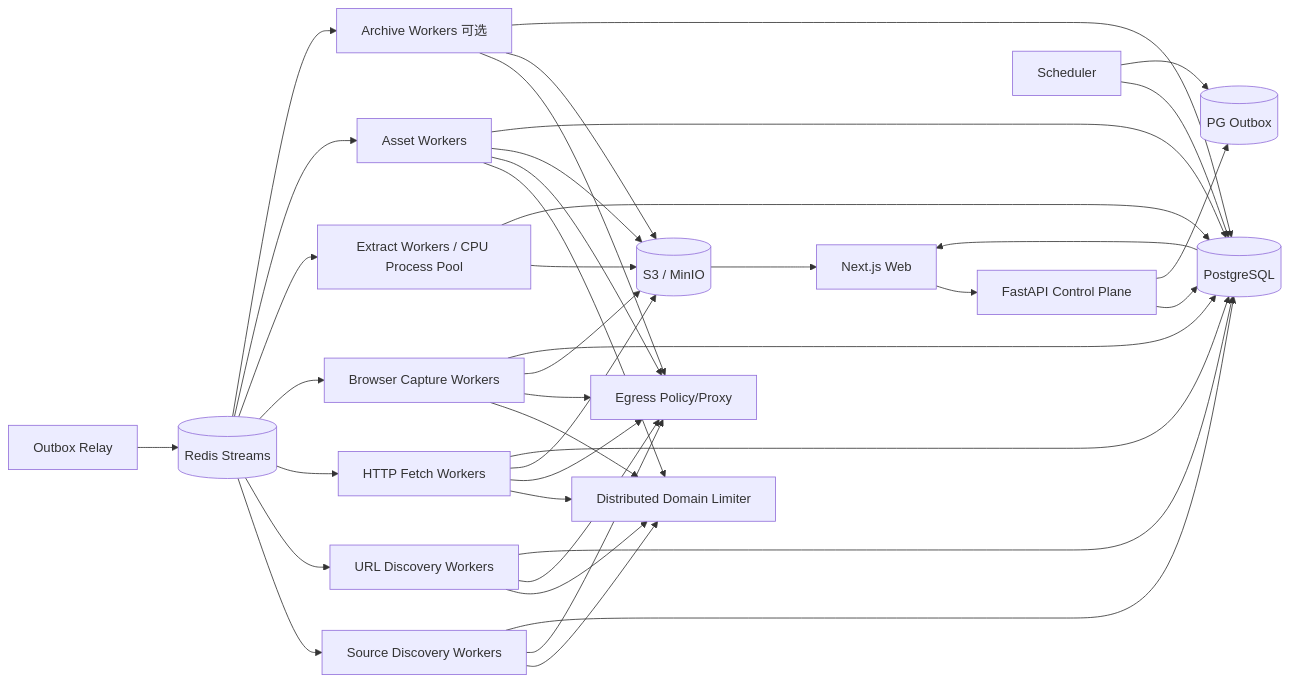
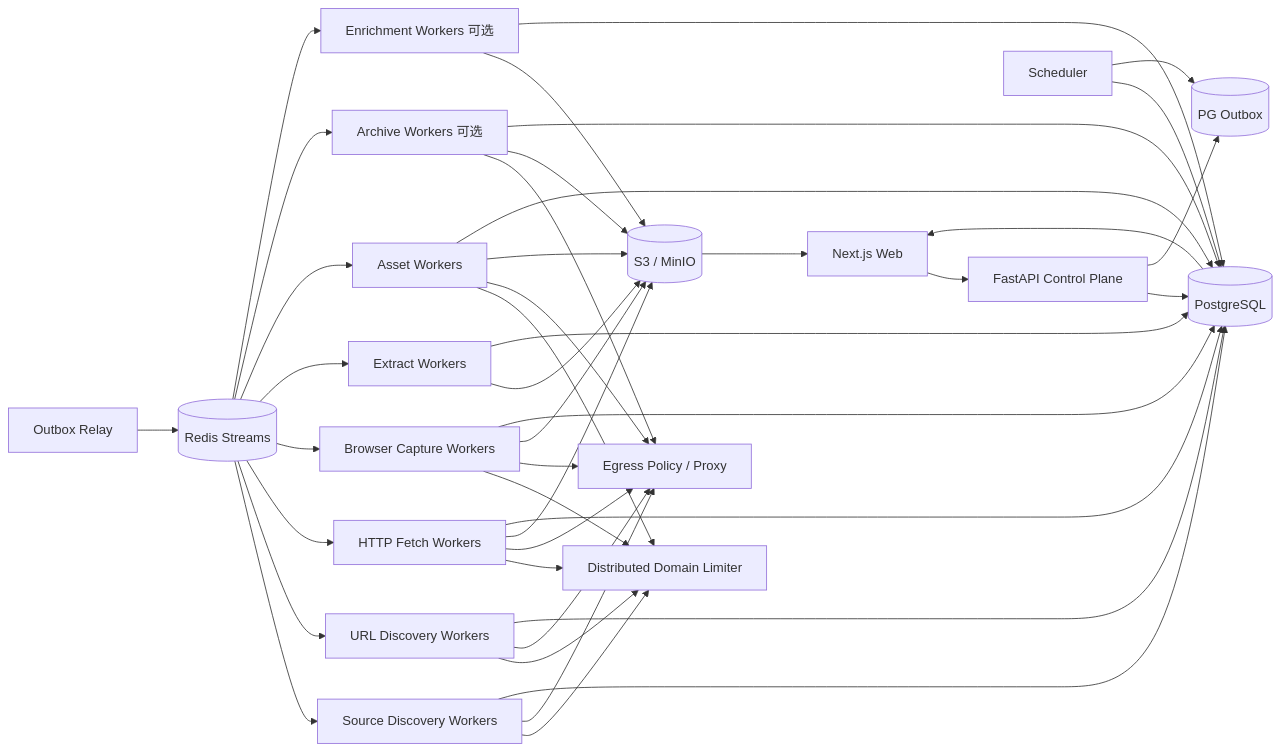
One commit to WorkerXu/my-doc changed the diagram in 博客知识库技术方案.md. Above: the diagram before and after it, drawn with Mermaid. The commit also changed other lines of this file and 2 other files, not shown here.

````diff
--- a/博客知识库技术方案.md
+++ b/博客知识库技术方案.md
@@ -60,47 +58,50 @@
 ```mermaid
 flowchart LR
     UI[Next.js Web] --> API[FastAPI Control Plane]
     API --> PG[(PostgreSQL)]
     API --> OUT[(PG Outbox)]
     SCHED[Scheduler] --> PG
     SCHED --> OUT
     RELAY[Outbox Relay] --> REDIS[(Redis Streams)]
 
     REDIS --> SD[Source Discovery Workers]
     REDIS --> UD[URL Discovery Workers]
     REDIS --> HF[HTTP Fetch Workers]
     REDIS --> BF[Browser Capture Workers]
-    REDIS --> EX[Extract Workers / CPU Process Pool]
+    REDIS --> EX[Extract Workers]
     REDIS --> AS[Asset Workers]
     REDIS --> AR[Archive Workers 可选]
+    REDIS --> EN[Enrichment Workers 可选]
 
     SD --> LIM[Distributed Domain Limiter]
     UD --> LIM
     HF --> LIM
     BF --> LIM
     AS --> LIM
 
-    SD --> EG[Egress Policy/Proxy]
+    SD --> EG[Egress Policy / Proxy]
     UD --> EG
     HF --> EG
     BF --> EG
     AS --> EG
     AR --> EG
 
     HF --> S3[(S3 / MinIO)]
     BF --> S3
     EX --> S3
     AS --> S3
     AR --> S3
+    EN --> S3
 
     SD --> PG
     UD --> PG
     HF --> PG
     BF --> PG
     EX --> PG
     AS --> PG
     AR --> PG
+    EN --> PG
 
     PG --> UI
     S3 --> UI
 ```
````
